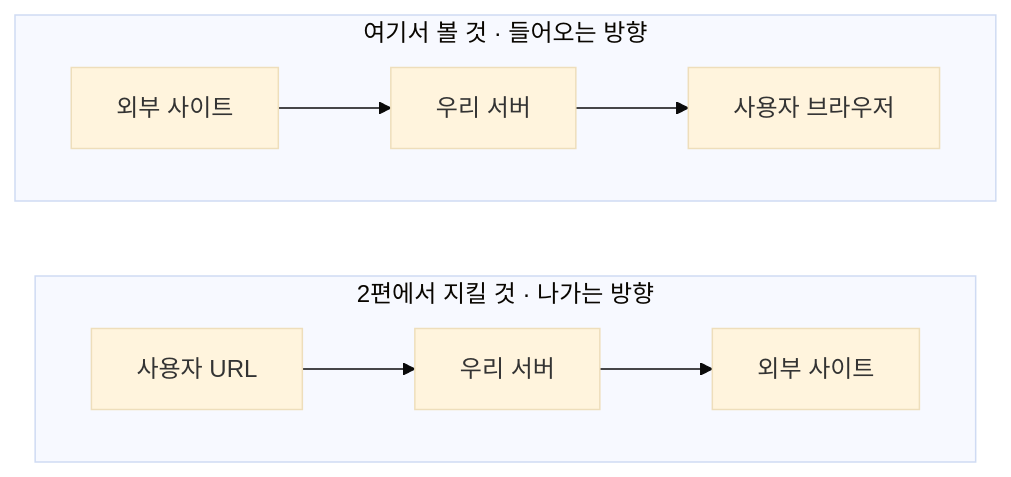
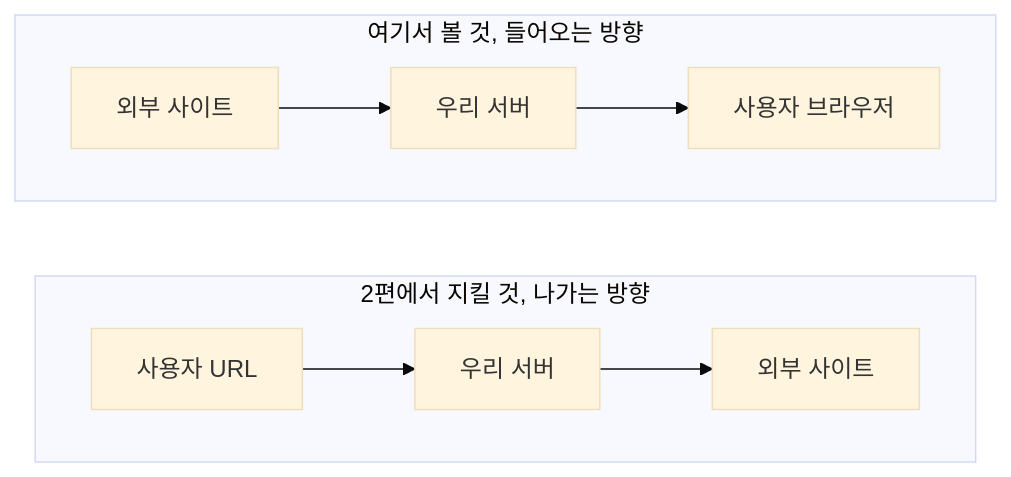
The second of 4 diagrams in apps/blog/posts/2026/08/og-scraping-server-1.md (yceffort/blog), drawn with Mermaid (base theme) before and after one commit. The commit also changed other lines of this file and 3 other files, not shown here.

````diff
--- a/apps/blog/posts/2026/08/og-scraping-server-1.md
+++ b/apps/blog/posts/2026/08/og-scraping-server-1.md
@@ -407,12 +407,12 @@
 ```mermaid
 flowchart LR
-    subgraph out["2편에서 지킬 것 · 나가는 방향"]
+    subgraph out["2편에서 지킬 것, 나가는 방향"]
         direction LR
         U1["사용자 URL"] --> S1["우리 서버"] --> X1["외부 사이트"]
     end
 
-    subgraph inn["여기서 볼 것 · 들어오는 방향"]
+    subgraph inn["여기서 볼 것, 들어오는 방향"]
         direction LR
         X2["외부 사이트"] --> S2["우리 서버"] --> B["사용자 브라우저"]
     end
 ```
````
